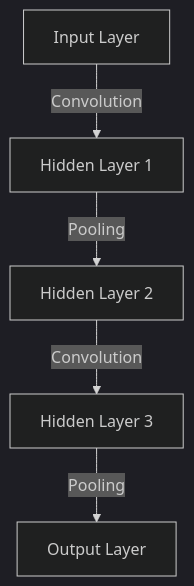
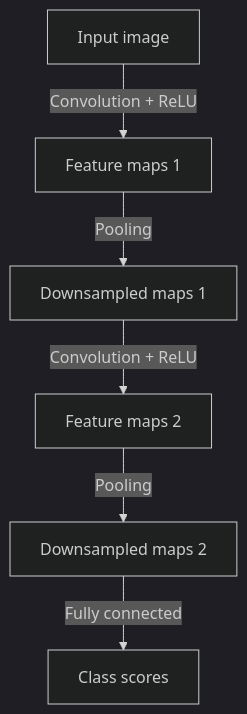
Before and after one commit to aaronjoseph/DataScienceNotes: the diagram in Convolutional Networks.md, drawn with Mermaid (dark theme). The commit also changed other lines of this file and 44 other files, not shown here.

````diff
--- a/Convolutional Networks.md
+++ b/Convolutional Networks.md
@@ -30,7 +102,8 @@
 ```mermaid
 graph TD
-    A[Input Layer] -->|Convolution| B[Hidden Layer 1]
-    B -->|Pooling| C[Hidden Layer 2]
-    C -->|Convolution| D[Hidden Layer 3]
-    D -->|Pooling| E[Output Layer]
+    A[Input image] -->|Convolution + ReLU| B[Feature maps 1]
+    B -->|Pooling| C[Downsampled maps 1]
+    C -->|Convolution + ReLU| D[Feature maps 2]
+    D -->|Pooling| E[Downsampled maps 2]
+    E -->|Fully connected| F[Class scores]
 ```
````
